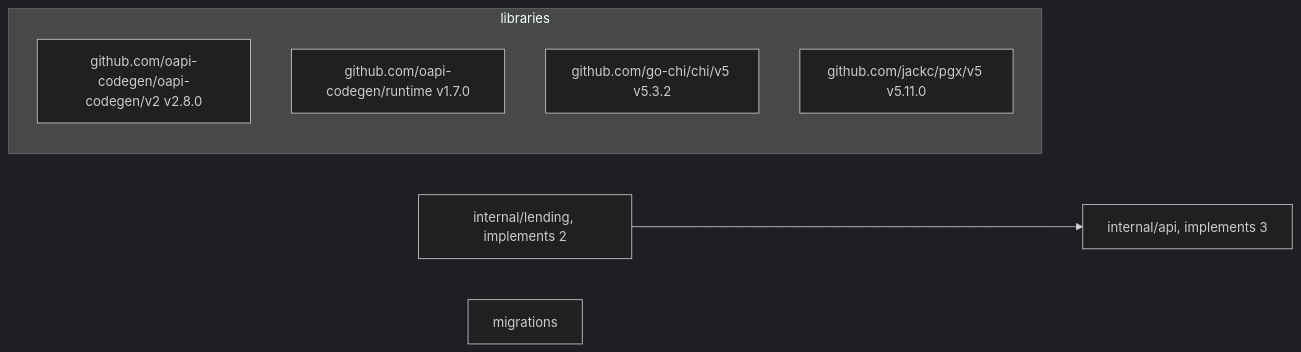
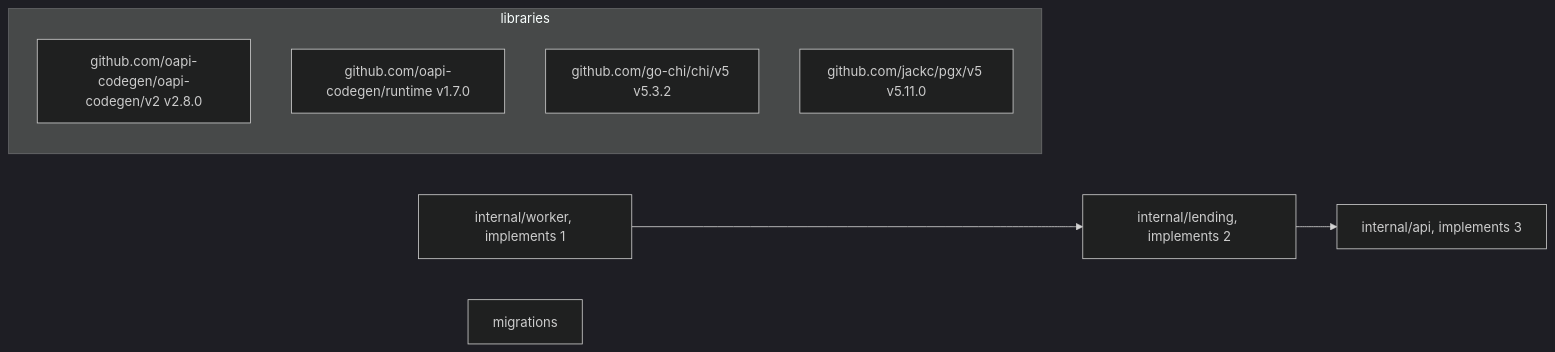
The third of 29 diagrams in examples/library-lending/docs/techspec.md (SpecArch/specarch), drawn with Mermaid (dark theme) before and after one commit. The commit also changed other lines of this file and 22 other files, not shown here.

````diff
--- a/examples/library-lending/docs/techspec.md
+++ b/examples/library-lending/docs/techspec.md
@@ -331,13 +331,15 @@
 ```mermaid
 flowchart LR
   package_internal_api["internal/api, implements 3"]
   package_internal_lending["internal/lending, implements 2"]
+  package_internal_worker["internal/worker, implements 1"]
   package_migrations["migrations"]
   package_internal_lending --> package_internal_api
+  package_internal_worker --> package_internal_lending
   subgraph libraries
     library_github_com_oapi_codegen_oapi_codegen_v2["github.com/oapi-codegen/oapi-codegen/v2 v2.8.0"]
     library_github_com_oapi_codegen_runtime["github.com/oapi-codegen/runtime v1.7.0"]
     library_github_com_go_chi_chi_v5["github.com/go-chi/chi/v5 v5.3.2"]
     library_github_com_jackc_pgx_v5["github.com/jackc/pgx/v5 v5.11.0"]
   end
 ```
````
